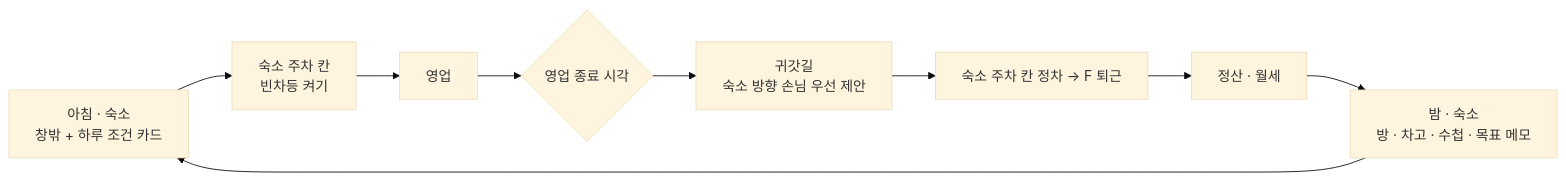
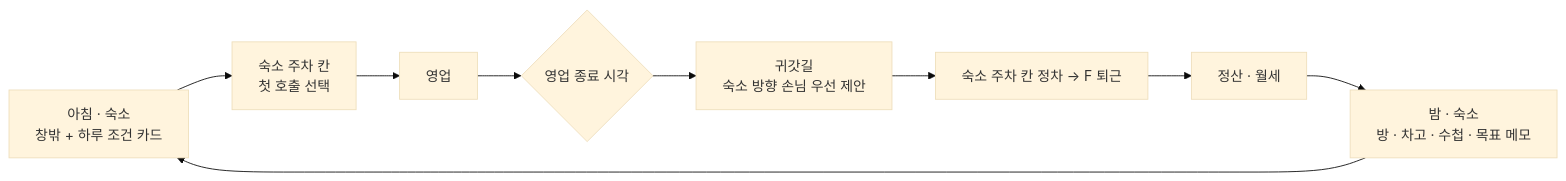
The diagram in docs/content-design/34-home-base.md (herothgf-cell/project-b), drawn with Mermaid (base theme) before and after one commit. The commit also changed other lines of this file and 20 other files, not shown here.

````diff
--- a/docs/content-design/34-home-base.md
+++ b/docs/content-design/34-home-base.md
@@ -43,11 +43,11 @@
 ```mermaid
 flowchart LR
-  A["아침 · 숙소<br/>창밖 + 하루 조건 카드"] --> B["숙소 주차 칸<br/>빈차등 켜기"]
+  A["아침 · 숙소<br/>창밖 + 하루 조건 카드"] --> B["숙소 주차 칸<br/>첫 호출 선택"]
   B --> C["영업"]
   C --> D{"영업 종료 시각"}
   D --> E["귀갓길<br/>숙소 방향 손님 우선 제안"]
   E --> F["숙소 주차 칸 정차 → F 퇴근"]
   F --> G["정산 · 월세"]
   G --> H["밤 · 숙소<br/>방 · 차고 · 수첩 · 목표 메모"]
   H --> A
 ```
````
